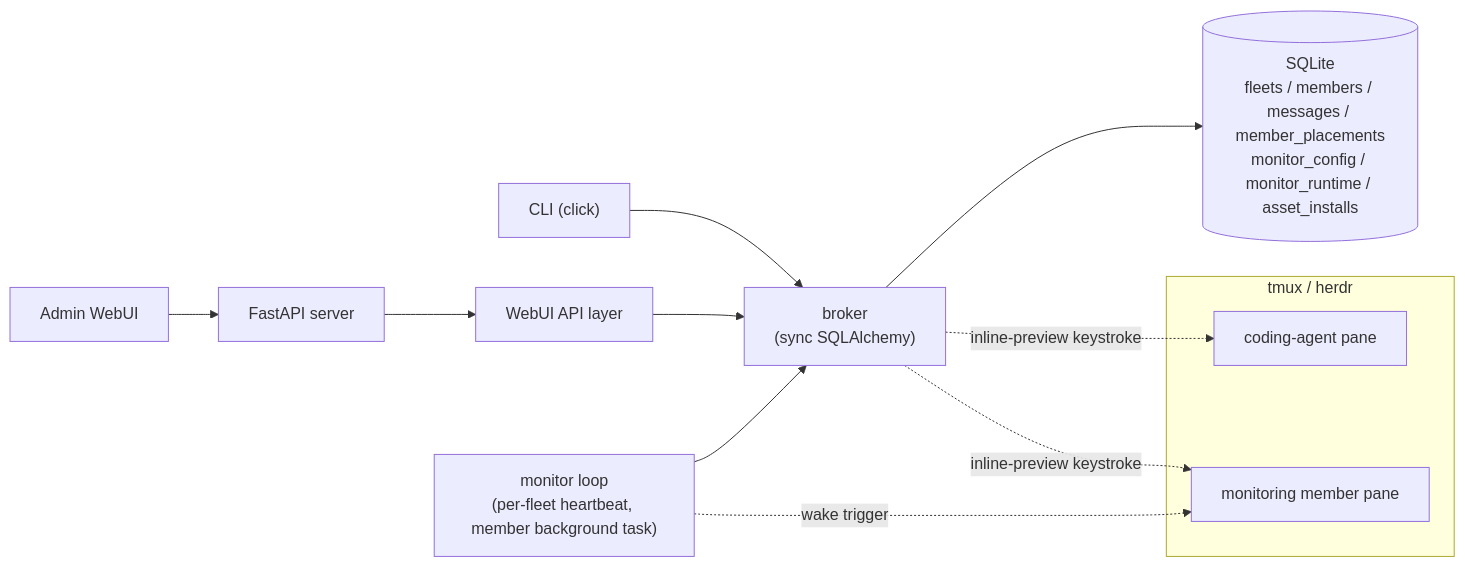
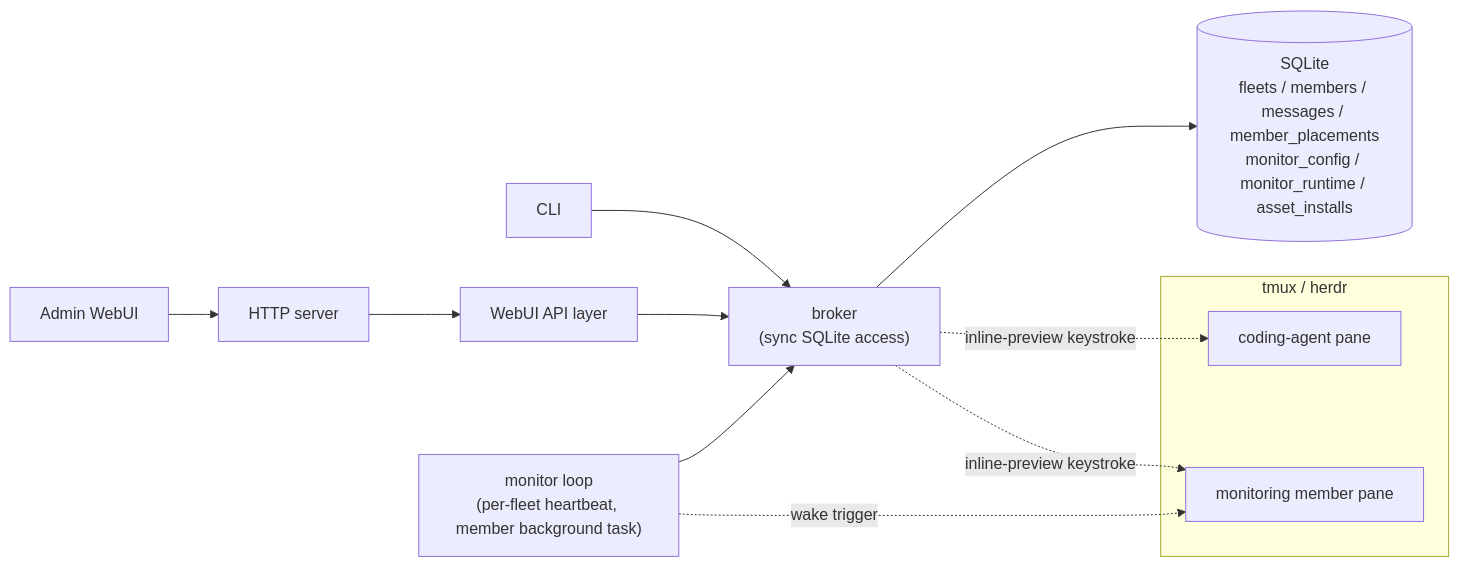
The diagram in docs/concepts/overview.md (himkt/cafleet), drawn with Mermaid before and after one commit. The commit also changed 24 other files, not shown here.

````diff
--- a/docs/concepts/overview.md
+++ b/docs/concepts/overview.md
@@ -31,17 +31,17 @@
 ```mermaid
 %%{init: {'theme': 'default', 'themeVariables': {'fontSize': '16px'}}}%%
 flowchart LR
-    CLI["CLI (click)"] --> Broker["broker<br/>(sync SQLAlchemy)"]
-    WebUI["Admin WebUI"] --> Server["FastAPI server"]
+    CLI["CLI"] --> Broker["broker<br/>(sync SQLite access)"]
+    WebUI["Admin WebUI"] --> Server["HTTP server"]
     Server --> WebUIAPI["WebUI API layer"]
     WebUIAPI --> Broker
     Monitor["monitor loop<br/>(per-fleet heartbeat, member background task)"] --> Broker
     Broker --> DB[(SQLite<br/>fleets / members / messages / member_placements<br/>monitor_config / monitor_runtime / asset_installs)]
     subgraph Multiplexer["tmux / herdr"]
         PaneA["coding-agent pane"]
         PaneB["monitoring member pane"]
     end
     Broker -. inline-preview keystroke .-> PaneA
     Broker -. inline-preview keystroke .-> PaneB
     Monitor -. wake trigger .-> PaneB
 ```
````
